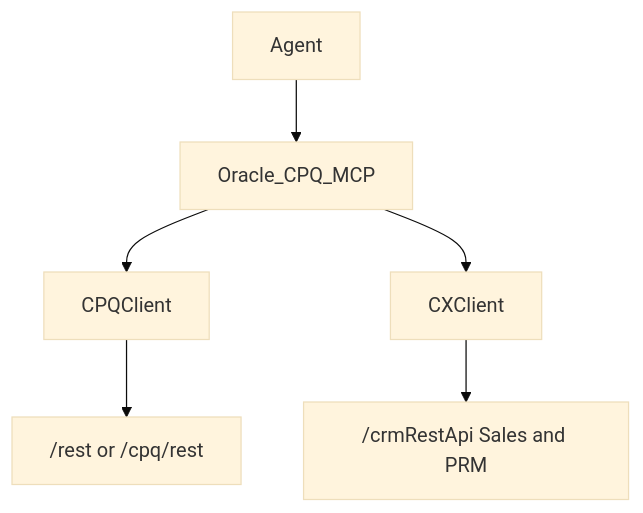
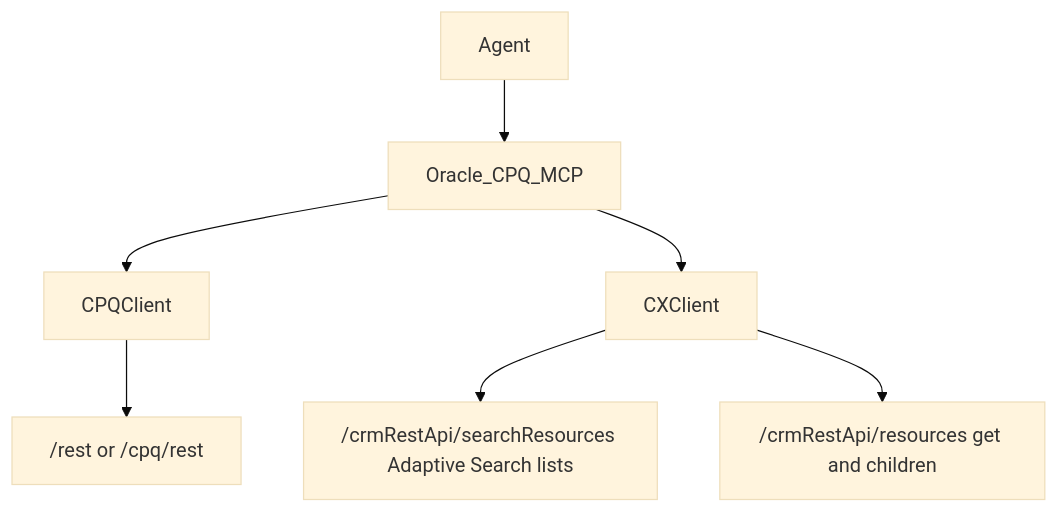
The diagram in README.md (singhramandeep/oracleCPQMCP), drawn with Mermaid (base theme) before and after one commit. The commit also changed other lines of this file and 34 other files, not shown here.

````diff
--- a/README.md
+++ b/README.md
@@ -171,12 +171,13 @@
 ```mermaid
 flowchart TB
   agent[Agent]
   mcp[Oracle_CPQ_MCP]
   cpq[CPQClient]
   cx[CXClient]
   agent --> mcp
   mcp --> cpq
   mcp --> cx
   cpq --> rest["/rest or /cpq/rest"]
-  cx --> crm["/crmRestApi Sales and PRM"]
+  cx --> crmAs["/crmRestApi/searchResources Adaptive Search lists"]
+  cx --> crmAdf["/crmRestApi/resources get and children"]
 ```
````
